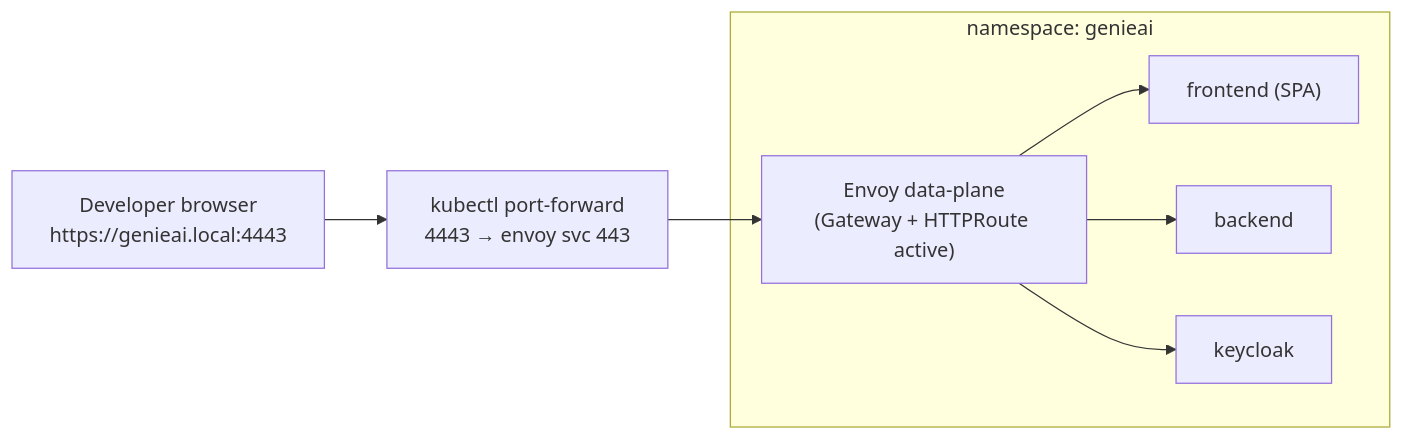
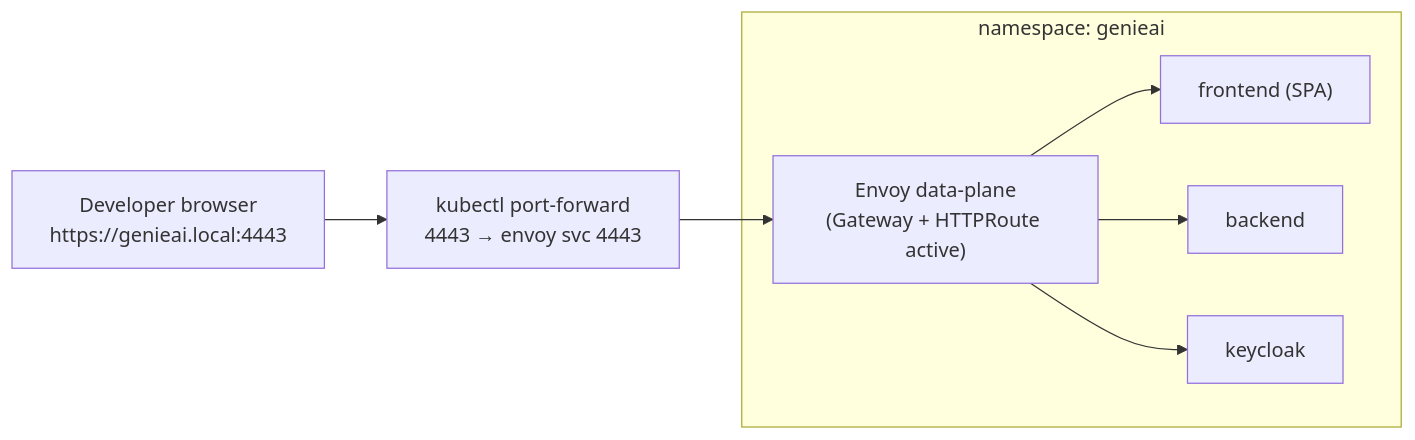
One commit to jrevillard/genie-ai-replica changed the first of 3 diagrams in site/content/en/docs/deploy/kubernetes.md. Above: the diagram before and after it, drawn with Mermaid. The commit also changed other lines of this file and 18 other files, not shown here.

First line of the commit message:
docs(k8s): the doc states what the chart does

````diff
--- a/site/content/en/docs/deploy/kubernetes.md
+++ b/site/content/en/docs/deploy/kubernetes.md
@@ -363,12 +453,12 @@
 ```mermaid
 flowchart LR
     dev["Developer browser<br/>https://genieai.local:4443"]
-    pf["kubectl port-forward<br/>4443 → envoy svc 443"]
+    pf["kubectl port-forward<br/>4443 → envoy svc 4443"]
     edge["Envoy data-plane<br/>(Gateway + HTTPRoute active)"]
     subgraph cluster ["namespace: genieai"]
         edge --> spa["frontend (SPA)"]
         edge --> api["backend"]
         edge --> kc["keycloak"]
     end
     dev --> pf --> edge
 ```
````
